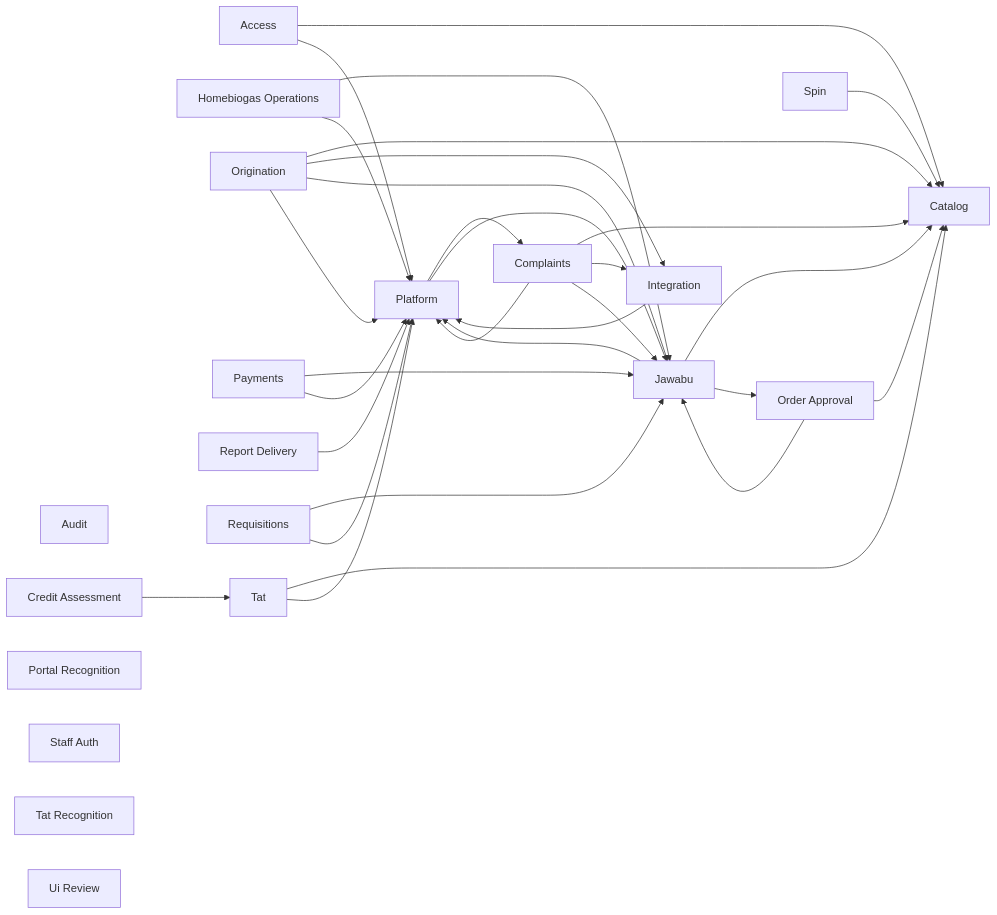
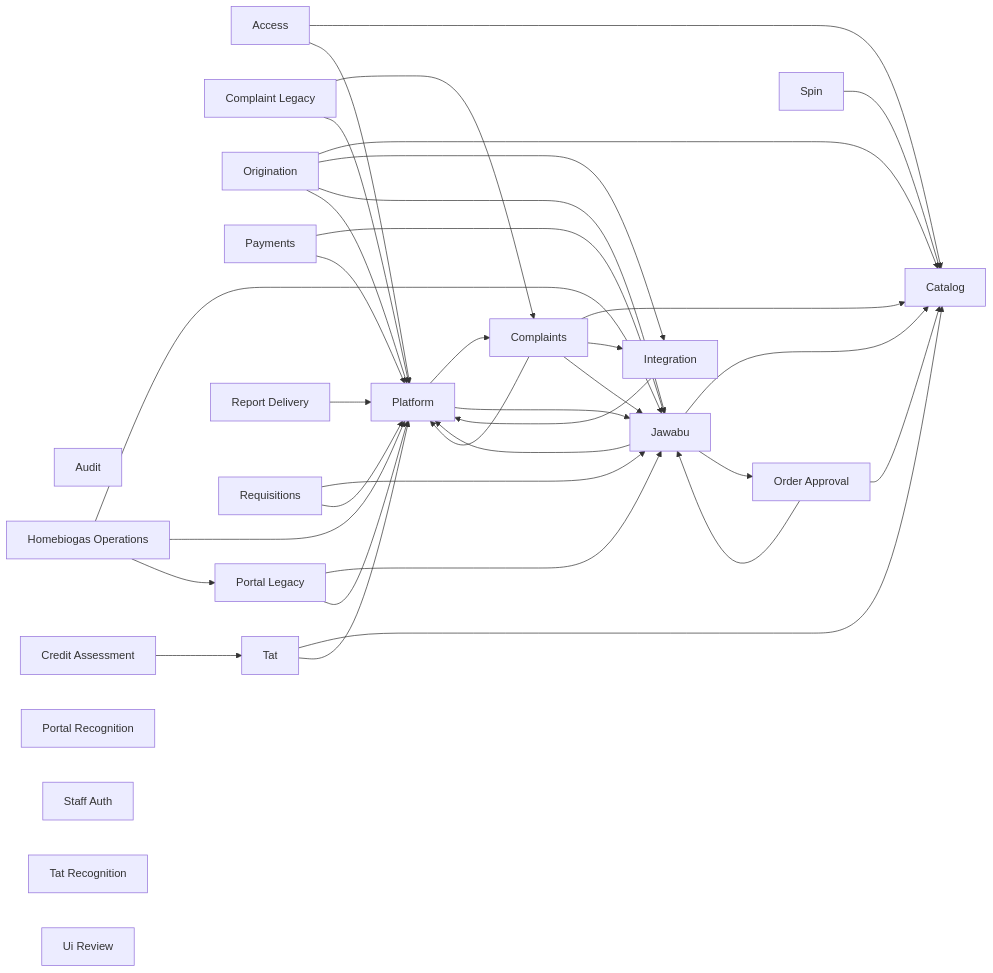
One commit to bedanavrvm/HB-Biogas-Telegram-Bot changed the diagram in docs/database/overview.mmd. Above: the diagram before and after it, drawn with Mermaid. The commit also changed 53 other files, not shown here.

First line of the commit message:
Implemented Complaints → Settings / Workspace tools → Legacy import.

```diff
--- a/docs/database/overview.mmd
+++ b/docs/database/overview.mmd
@@ -1,50 +1,57 @@
 flowchart LR
   access["Access"]
   audit["Audit"]
   catalog["Catalog"]
+  complaint_legacy["Complaint Legacy"]
   complaints["Complaints"]
   credit_assessment["Credit Assessment"]
   homebiogas_operations["Homebiogas Operations"]
   integration["Integration"]
   jawabu["Jawabu"]
   order_approval["Order Approval"]
   origination["Origination"]
   payments["Payments"]
   platform["Platform"]
+  portal_legacy["Portal Legacy"]
   portal_recognition["Portal Recognition"]
   report_delivery["Report Delivery"]
   requisitions["Requisitions"]
   spin["Spin"]
   staff_auth["Staff Auth"]
   tat["Tat"]
   tat_recognition["Tat Recognition"]
   ui_review["Ui Review"]
   access --> catalog
   access --> platform
+  complaint_legacy --> complaints
+  complaint_legacy --> platform
   complaints --> catalog
   complaints --> integration
   complaints --> jawabu
   complaints --> platform
   credit_assessment --> tat
   homebiogas_operations --> jawabu
   homebiogas_operations --> platform
+  homebiogas_operations --> portal_legacy
   integration --> platform
   jawabu --> catalog
   jawabu --> order_approval
   jawabu --> platform
   order_approval --> catalog
   order_approval --> jawabu
   origination --> catalog
   origination --> integration
   origination --> jawabu
   origination --> platform
   payments --> jawabu
   payments --> platform
   platform --> complaints
   platform --> jawabu
+  portal_legacy --> jawabu
+  portal_legacy --> platform
   report_delivery --> platform
   requisitions --> jawabu
   requisitions --> platform
   spin --> catalog
   tat --> catalog
   tat --> platform
```
